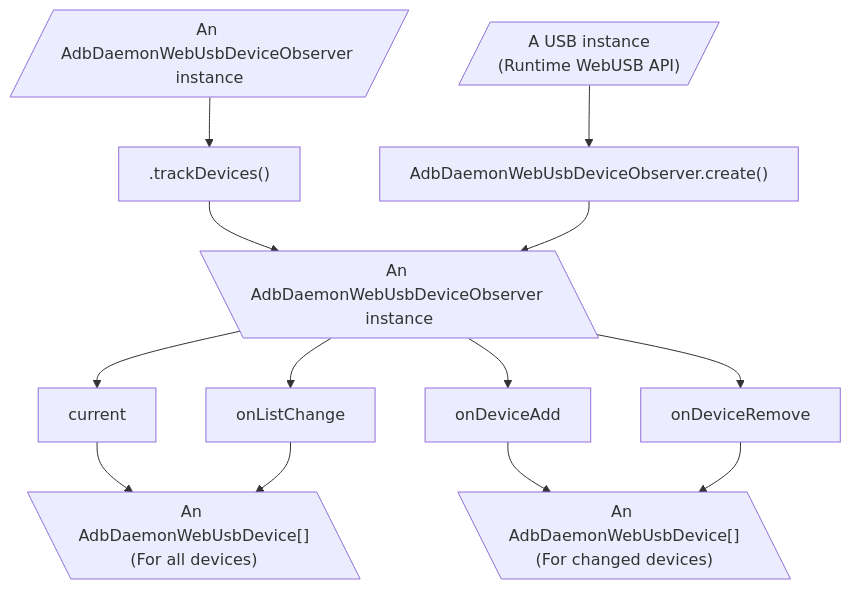
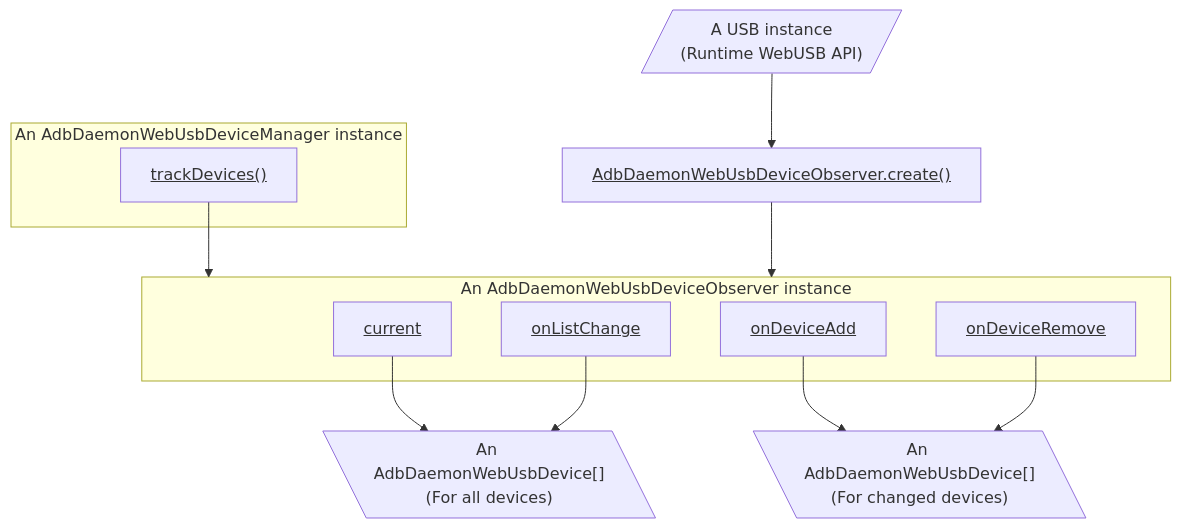
Before and after one commit to tango-adb/docs: the diagram in docs/tango/daemon/usb/watch-devices.mdx, drawn with Mermaid. The commit also changed other lines of this file and 4 other files, not shown here.

Commit message:
add more graphs

````diff
--- a/docs/tango/daemon/usb/watch-devices.mdx
+++ b/docs/tango/daemon/usb/watch-devices.mdx
@@ -31,14 +31,30 @@
 ```mermaid
 flowchart TB
-    A[/"An AdbDaemonWebUsbDeviceObserver instance"/] --> B[".trackDevices()"]
+    subgraph A["An AdbDaemonWebUsbDeviceManager instance"]
+        B["trackDevices()"]
+    end
+
     D[/"A USB instance<br/>(Runtime WebUSB API)"/] --> E["AdbDaemonWebUsbDeviceObserver.create()"]
+
+    subgraph C["An AdbDaemonWebUsbDeviceObserver instance"]
+        F[current]
+        G[onListChange]
+        H[onDeviceAdd]
+        I[onDeviceRemove]
+    end
+
     B & E --> C[\"An AdbDaemonWebUsbDeviceObserver instance"\]
-
-    C --> F[current]
-    C --> G[onListChange]
-    C --> H[onDeviceAdd]
-    C --> I[onDeviceRemove]
 
     F & G --> J[\"An AdbDaemonWebUsbDevice[]<br/>(For all devices)"\]
     H & I --> K[\"An AdbDaemonWebUsbDevice[]<br/>(For changed devices)"\]
+
+    classDef link text-decoration: underline;
+    class B,E,F,G,H,I link;
+
+    click B "#from-adbdaemonwebusbdevicemanager"
+    click E "#standalone-usage"
+    click F "#current"
+    click G "#onlistchange"
+    click H "#ondeviceadd-and-ondeviceremove"
+    click I "#ondeviceadd-and-ondeviceremove"
 ```
````
